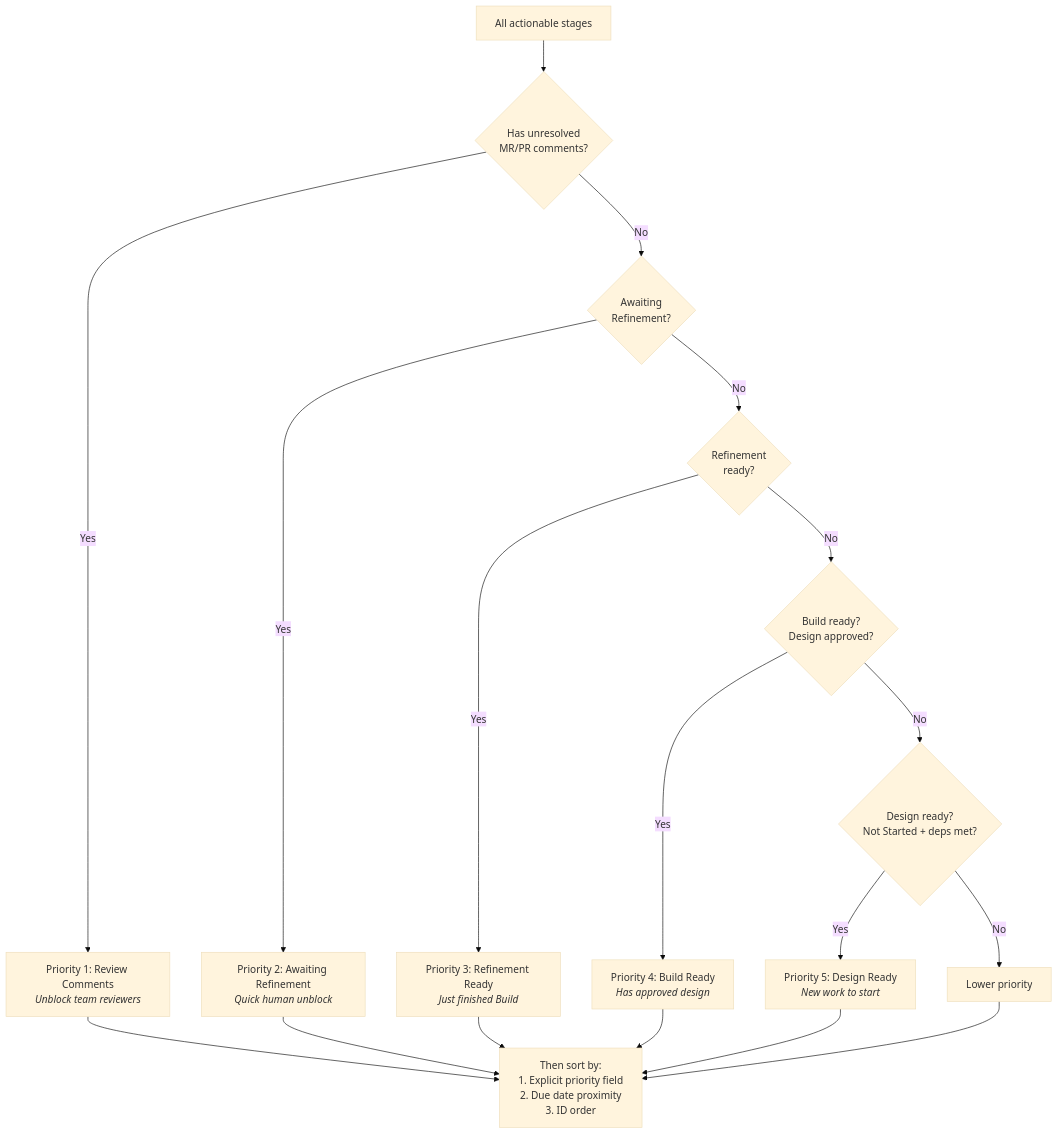
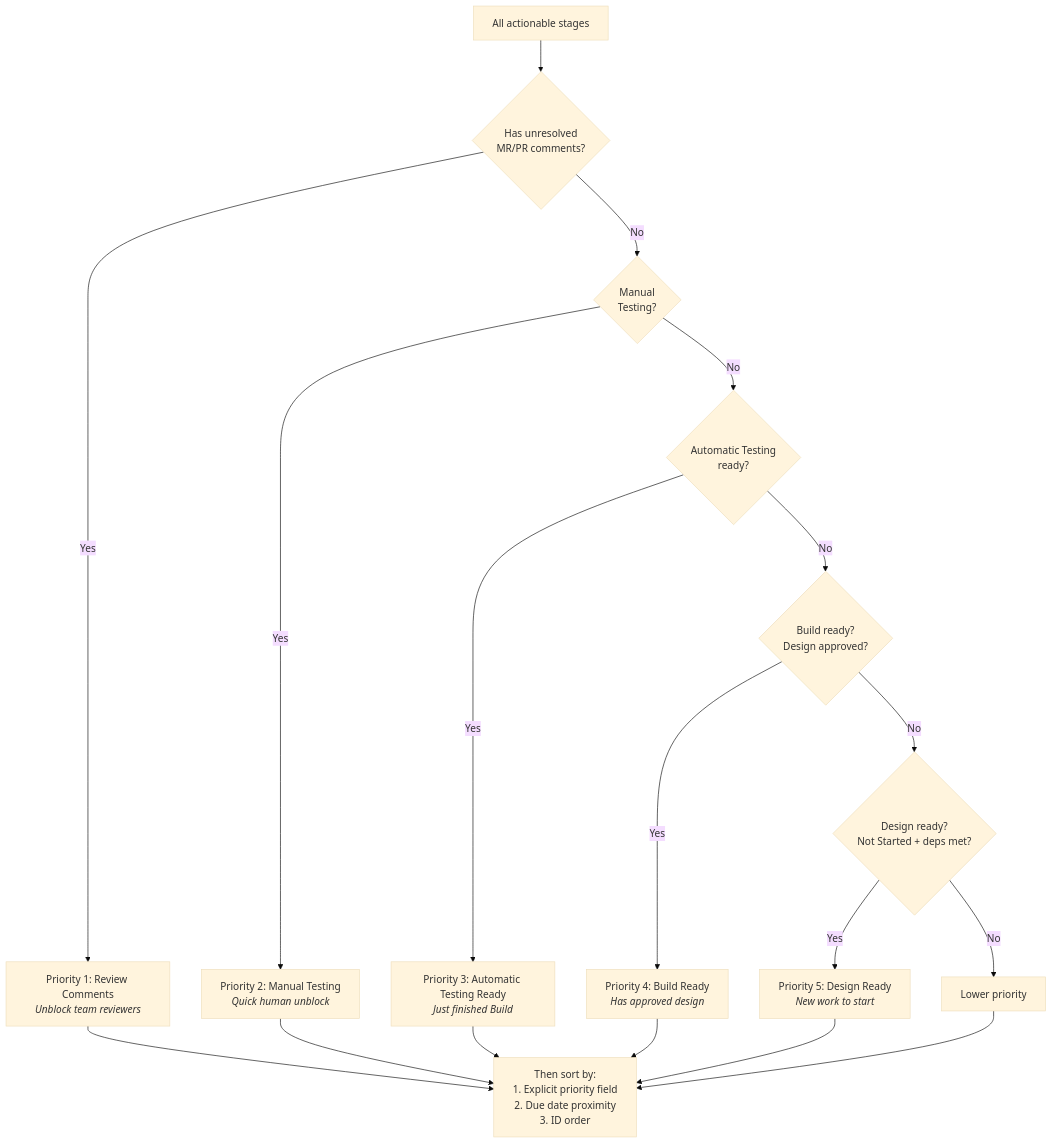
The sixth of 24 diagrams in docs/plans/2026-02-16-kanban-workflow-end-state.md (jakekausler/claude-code-workflow), drawn with Mermaid (base theme) before and after one commit. The commit also changed other lines of this file, not shown here.

Commit message:
docs: update end-state vision with modularity architecture and column renames

````diff
--- a/docs/plans/2026-02-16-kanban-workflow-end-state.md
+++ b/docs/plans/2026-02-16-kanban-workflow-end-state.md
@@ -341,21 +342,21 @@
 ```mermaid
 flowchart TD
     A["All actionable stages"] --> B{Has unresolved<br/>MR/PR comments?}
     B -->|Yes| C["Priority 1: Review Comments<br/><i>Unblock team reviewers</i>"]
-    B -->|No| D{Awaiting<br/>Refinement?}
-    D -->|Yes| E["Priority 2: Awaiting Refinement<br/><i>Quick human unblock</i>"]
-    D -->|No| F{Refinement<br/>ready?}
-    F -->|Yes| G["Priority 3: Refinement Ready<br/><i>Just finished Build</i>"]
+    B -->|No| D{Manual<br/>Testing?}
+    D -->|Yes| E["Priority 2: Manual Testing<br/><i>Quick human unblock</i>"]
+    D -->|No| F{Automatic Testing<br/>ready?}
+    F -->|Yes| G["Priority 3: Automatic Testing Ready<br/><i>Just finished Build</i>"]
     F -->|No| H{Build ready?<br/>Design approved?}
     H -->|Yes| I["Priority 4: Build Ready<br/><i>Has approved design</i>"]
     H -->|No| J{Design ready?<br/>Not Started + deps met?}
     J -->|Yes| K["Priority 5: Design Ready<br/><i>New work to start</i>"]
     J -->|No| L["Lower priority"]
 
     C --> M["Then sort by:<br/>1. Explicit priority field<br/>2. Due date proximity<br/>3. ID order"]
     E --> M
     G --> M
     I --> M
     K --> M
     L --> M
 ```
````
